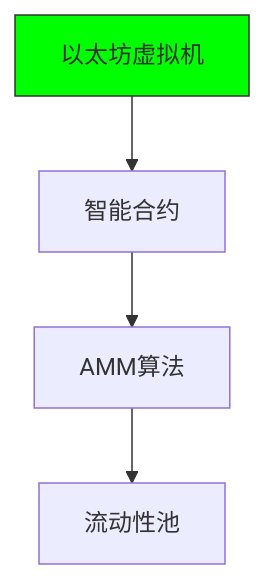
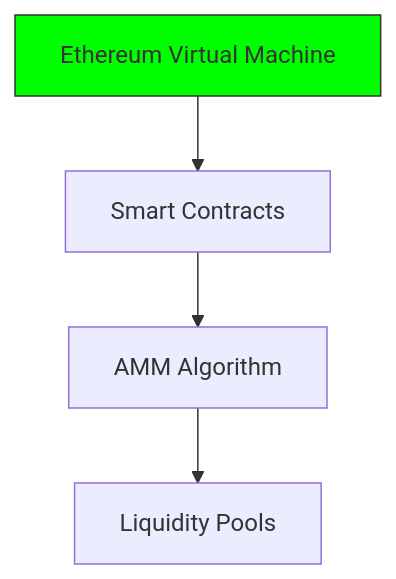
The sixth of 6 diagrams in files/rmb.md (liweinan/deepseek-answers), drawn with Mermaid before and after one commit. The commit also changed other lines of this file and 13 other files, not shown here.

````diff
--- a/files/rmb.md
+++ b/files/rmb.md
@@ -448,7 +448,7 @@
    ```mermaid
    graph TD
-     E[以太坊虚拟机] --> F[智能合约]
-     F --> G[AMM算法]
-     G --> H[流动性池]
+     E[Ethereum Virtual Machine] --> F[Smart Contracts]
+     F --> G[AMM Algorithm]
+     G --> H[Liquidity Pools]
      style E fill:#0f0,stroke:#333
    ```
````
